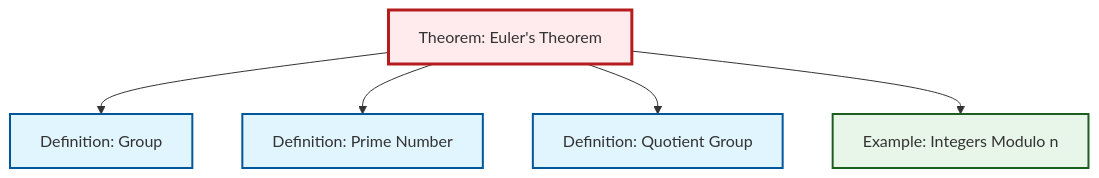
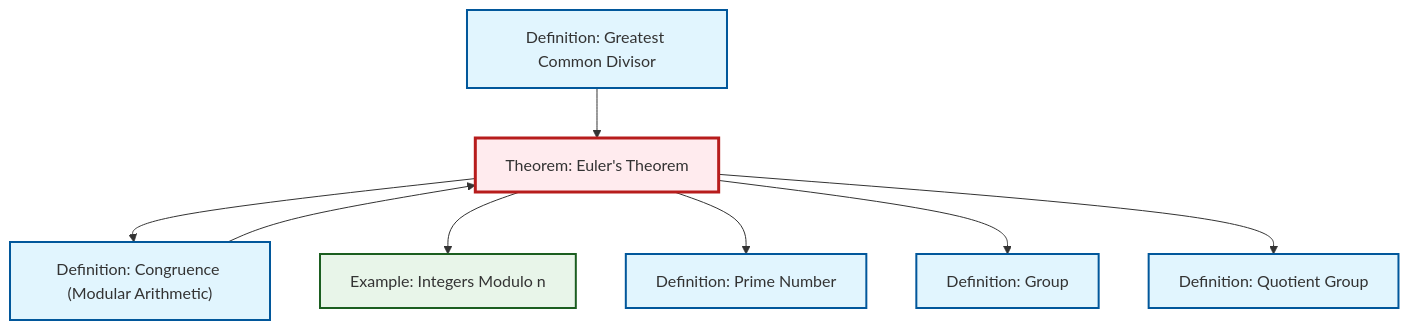
The diagram in content/en/number-theory/thm-euler.qmd (RK0429/ModernMath), drawn with Mermaid before and after one commit. The commit also changed other lines of this file and 417 other files, not shown here.

````diff
--- a/content/en/number-theory/thm-euler.qmd
+++ b/content/en/number-theory/thm-euler.qmd
@@ -51,23 +52,30 @@
 ```{mermaid}
 %%| fig-cap: "Local dependency graph"
 graph TD
     classDef definition fill:#e1f5fe,stroke:#01579b,stroke-width:2px
     classDef theorem fill:#f3e5f5,stroke:#4a148c,stroke-width:2px
     classDef axiom fill:#fff3e0,stroke:#e65100,stroke-width:2px
     classDef example fill:#e8f5e9,stroke:#1b5e20,stroke-width:2px
     classDef current fill:#ffebee,stroke:#b71c1c,stroke-width:3px
+    def-gcd["Definition: Greatest Common Divisor"]:::definition
     thm-euler["Theorem: Euler's Theorem"]:::theorem
+    ex-quotient-integers-mod-n["Example: Integers Modulo n"]:::example
+    def-quotient-group["Definition: Quotient Group"]:::definition
     def-group["Definition: Group"]:::definition
-    def-quotient-group["Definition: Quotient Group"]:::definition
+    def-congruence["Definition: Congruence (Modular Arithmetic)"]:::definition
     def-prime["Definition: Prime Number"]:::definition
-    ex-quotient-integers-mod-n["Example: Integers Modulo n"]:::example
+    def-gcd --> thm-euler
+    thm-euler --> def-congruence
+    thm-euler --> ex-quotient-integers-mod-n
+    thm-euler --> def-prime
+    def-congruence --> thm-euler
     thm-euler --> def-group
-    thm-euler --> def-prime
     thm-euler --> def-quotient-group
-    thm-euler --> ex-quotient-integers-mod-n
     class thm-euler current
+    click def-gcd "def-gcd.html" "Go to Greatest Common Divisor definition"
+    click ex-quotient-integers-mod-n "ex-quotient-integers-mod-n.html" "Go to Integers Modulo n example"
+    click def-quotient-group "def-quotient-group.html" "Go to Quotient Group definition"
     click def-group "def-group.html" "Go to Group definition"
-    click def-quotient-group "def-quotient-group.html" "Go to Quotient Group definition"
+    click def-congruence "def-congruence.html" "Go to Congruence (Modular Arithmetic) definition"
     click def-prime "def-prime.html" "Go to Prime Number definition"
-    click ex-quotient-integers-mod-n "ex-quotient-integers-mod-n.html" "Go to Integers Modulo n example"
 ```
````
